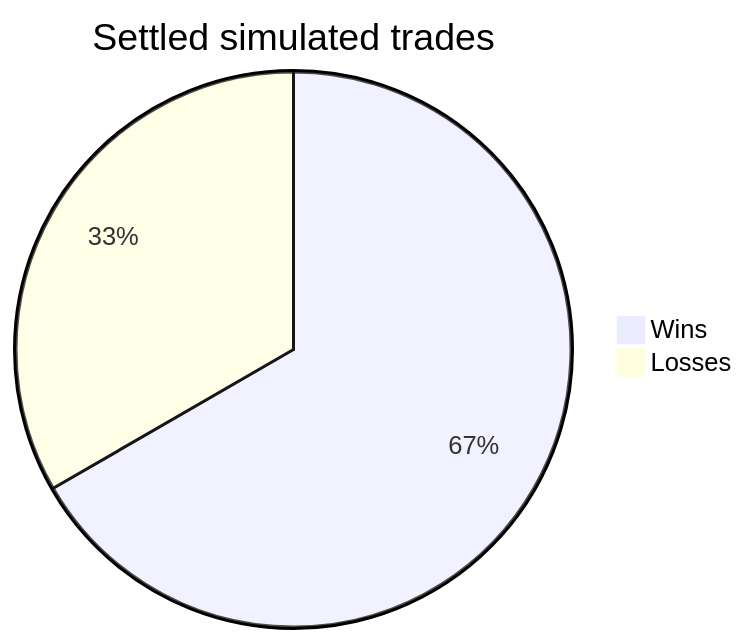
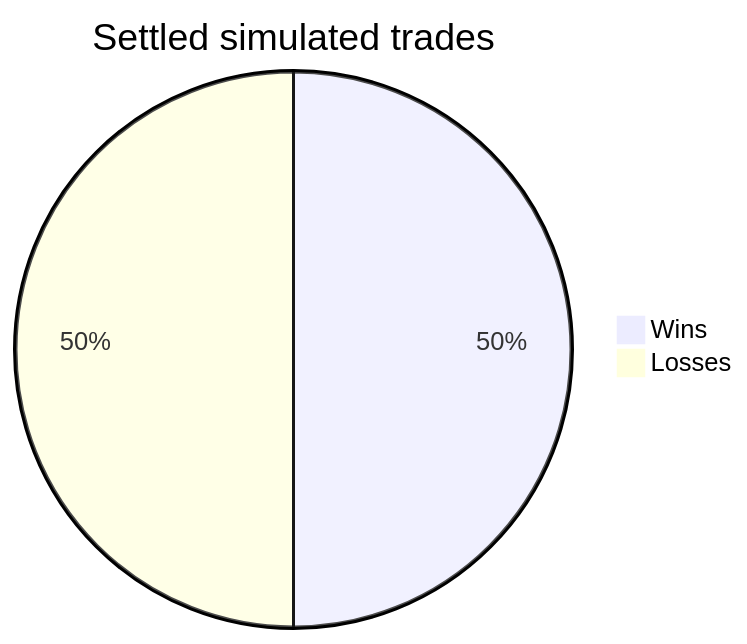
Before and after one commit to cheeseonamonkey/PaperLab: the diagram in docs/bots/cross_asset_momentum.md, drawn with Mermaid. The commit also changed other lines of this file and 34 other files, not shown here.

````diff
--- a/docs/bots/cross_asset_momentum.md
+++ b/docs/bots/cross_asset_momentum.md
@@ -22,5 +22,5 @@
 ```mermaid
 pie title Settled simulated trades
     "Wins" : 4
-    "Losses" : 2
+    "Losses" : 4
 ```
````
